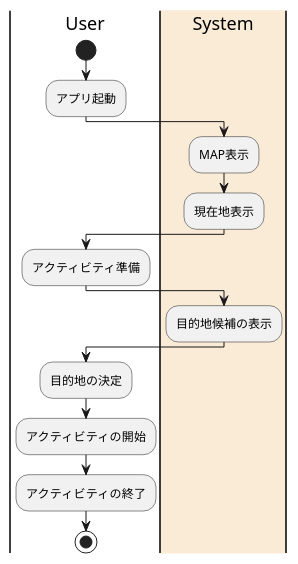
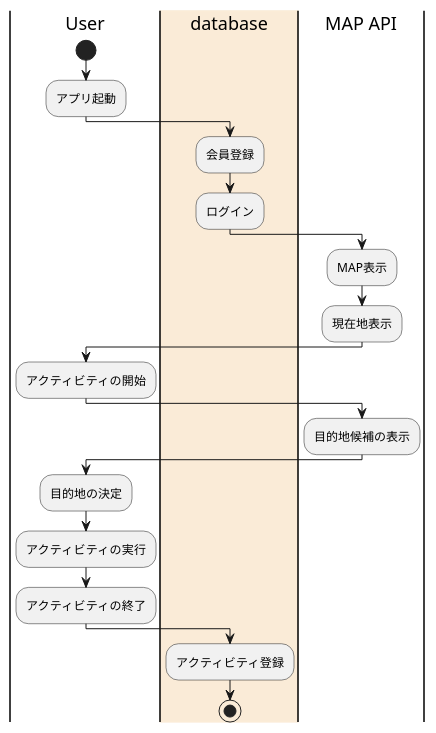
The diagram in docs/dev/UML/ActivityDiagram/activity-diagram.pu (chamberskaz0301/Walky_BackUp), drawn with PlantUML before and after one commit. The commit also changed 1 other file, not shown here.

Commit message:
アクティビティ図修正 #9

```diff
--- a/docs/dev/UML/ActivityDiagram/activity-diagram.pu
+++ b/docs/dev/UML/ActivityDiagram/activity-diagram.pu
@@ -1,25 +1,32 @@
 @startuml
 
 |User|
 
 start
 
 :アプリ起動;
 
-|#AntiqueWhite|System|
+|#AntiqueWhite|database|
+:会員登録;
+:ログイン;
+
+|MAP API|
 :MAP表示;
 :現在地表示;
 
 |User|
-:アクティビティ準備;
+:アクティビティの開始;
 
-|System|
+|MAP API|
 :目的地候補の表示;
 
 |User|
 :目的地の決定;
-:アクティビティの開始;
+:アクティビティの実行;
 :アクティビティの終了;
+
+|database|
+:アクティビティ登録;
 
 stop
 @enduml
```
